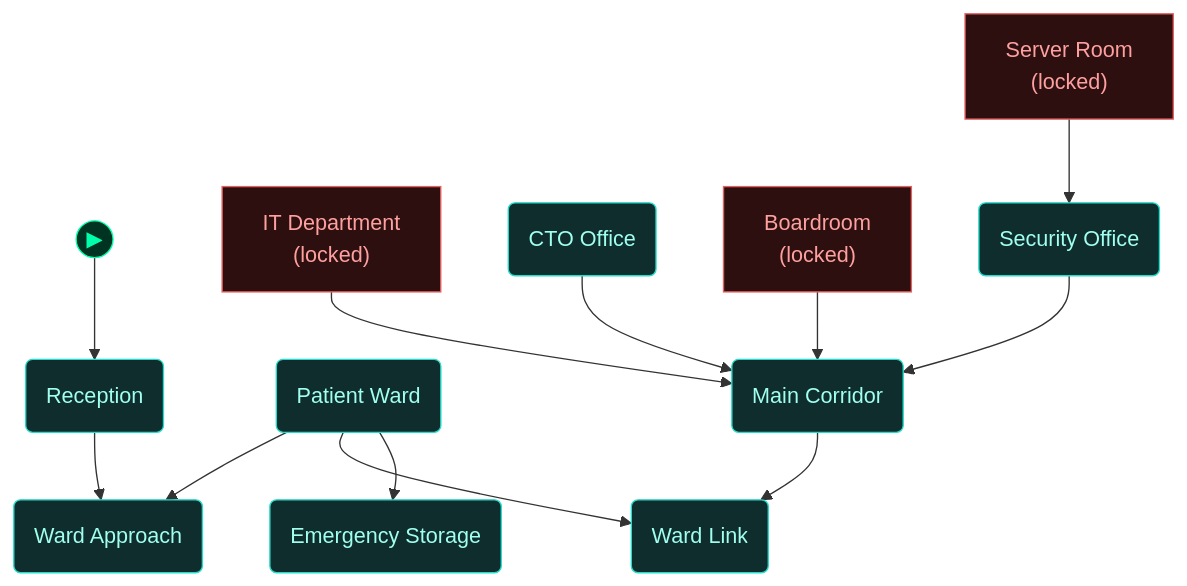
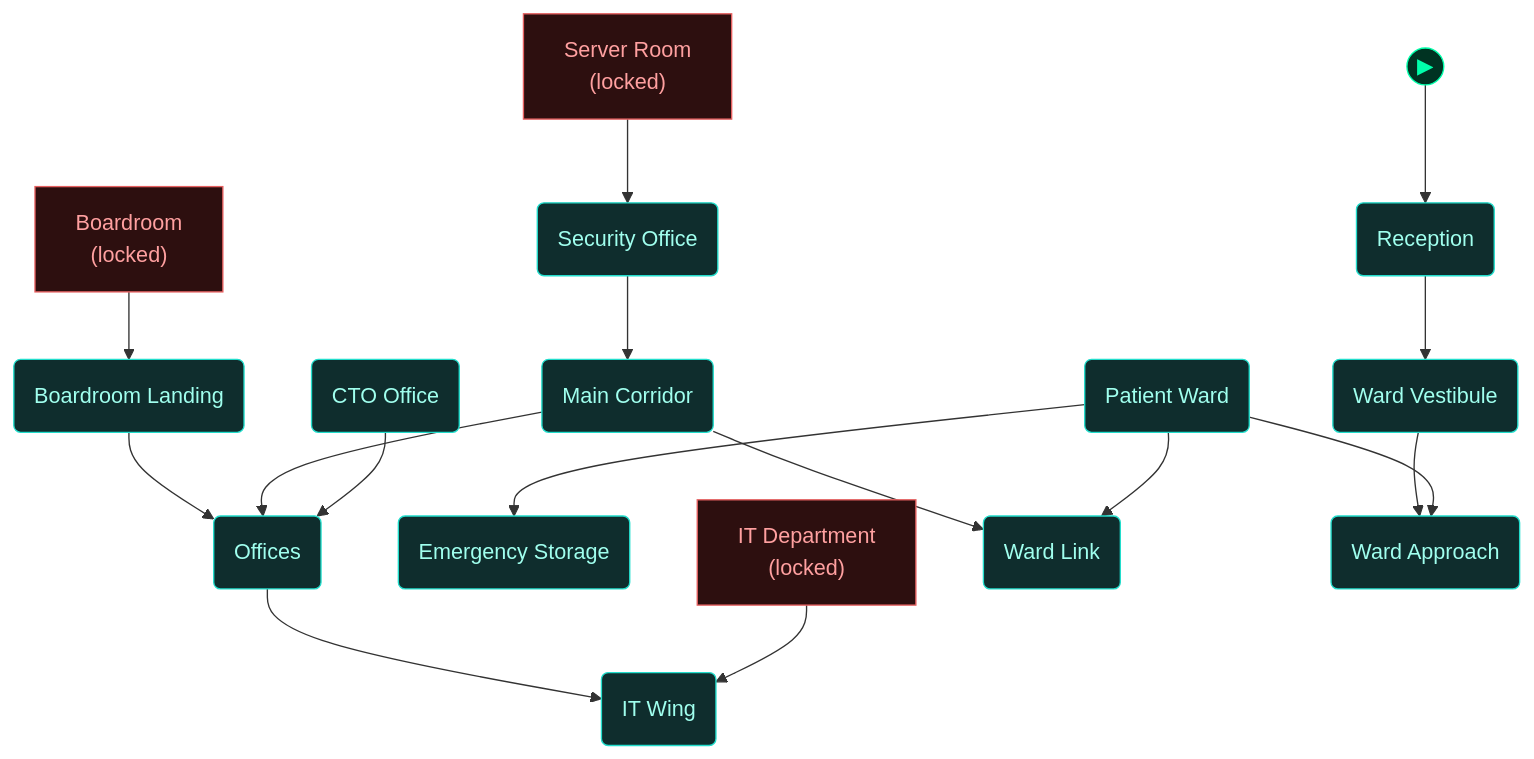
The fourth of 5 diagrams in scenarios/m02_ransomed_trust/dungeon_graph.md (cliffe/BreakEscapeGame), drawn with Mermaid before and after one commit. The commit also changed other lines of this file and 3 other files, not shown here.

First line of the commit message:
Fix m02 layout: ward bottom-right entry and office corridor hall chain

````diff
--- a/scenarios/m02_ransomed_trust/dungeon_graph.md
+++ b/scenarios/m02_ransomed_trust/dungeon_graph.md
@@ -604,48 +620,56 @@
 ```mermaid
 flowchart TD
 
   classDef room      fill:#0f2d2d,stroke:#22ddcc,color:#a0ffee
   classDef lock      fill:#2d0f0f,stroke:#e66060,color:#ffa0a0
   classDef key       fill:#2d0812,stroke:#e66060,color:#ffa0a0
   classDef item      fill:#2d1200,stroke:#e89030,color:#ffcc80
   classDef gate      fill:#111,stroke:#666,color:#eee
   classDef vm        fill:#0c1f40,stroke:#4a90d9,color:#a0c8ff
   classDef flag      fill:#1a0c2d,stroke:#9060d0,color:#cc99ff
   classDef action    fill:#1a1200,stroke:#cc9922,color:#ffee88
   classDef aim       fill:#0d2a0d,stroke:#44cc44,color:#88ff88
   classDef aim_gate  fill:#111111,stroke:#44cc44,color:#44cc44
   classDef container fill:#1a2d1a,stroke:#60b060,color:#a0e0a0
   classDef npc       fill:#2d1f0d,stroke:#d0a050,color:#ffe0a0
   classDef critical  fill:#2a1500,stroke:#ffaa00,color:#ffdd88
   classDef start     fill:#003322,stroke:#00ffaa,color:#00ffaa
 
   node_start(("▶"))
   node_start --> reception_lobby
 
   reception_lobby("Reception")
   hospital_ward("Patient Ward")
   it_department["IT Department<br/>(locked)"]
   server_room["Server Room<br/>(locked)"]
   emergency_equipment_storage("Emergency Storage")
   dr_kim_office("CTO Office")
   conference_room["Boardroom<br/>(locked)"]
   security_office("Security Office")
   office_corridor("Main Corridor")
+  office_hall_west("Boardroom Landing")
+  office_hall_mid("Offices")
+  office_hall_east("IT Wing")
   ward_hall("Ward Link")
+  ward_vestibule("Ward Vestibule")
   ward_approach("Ward Approach")
 
-  reception_lobby --> ward_approach
+  reception_lobby --> ward_vestibule
   hospital_ward --> ward_approach
   hospital_ward --> ward_hall
   hospital_ward --> emergency_equipment_storage
-  it_department --> office_corridor
+  it_department --> office_hall_east
   server_room --> security_office
-  dr_kim_office --> office_corridor
-  conference_room --> office_corridor
+  dr_kim_office --> office_hall_mid
+  conference_room --> office_hall_west
   security_office --> office_corridor
   office_corridor --> ward_hall
+  office_corridor --> office_hall_mid
+  office_hall_west --> office_hall_mid
+  office_hall_mid --> office_hall_east
+  ward_vestibule --> ward_approach
 
-  class reception_lobby,hospital_ward,emergency_equipment_storage,dr_kim_office,security_office,office_corridor,ward_hall,ward_approach room
+  class reception_lobby,hospital_ward,emergency_equipment_storage,dr_kim_office,security_office,office_corridor,office_hall_west,office_hall_mid,office_hall_east,ward_hall,ward_vestibule,ward_approach room
   class it_department,server_room,conference_room lock
   class node_start start
 ```
````
